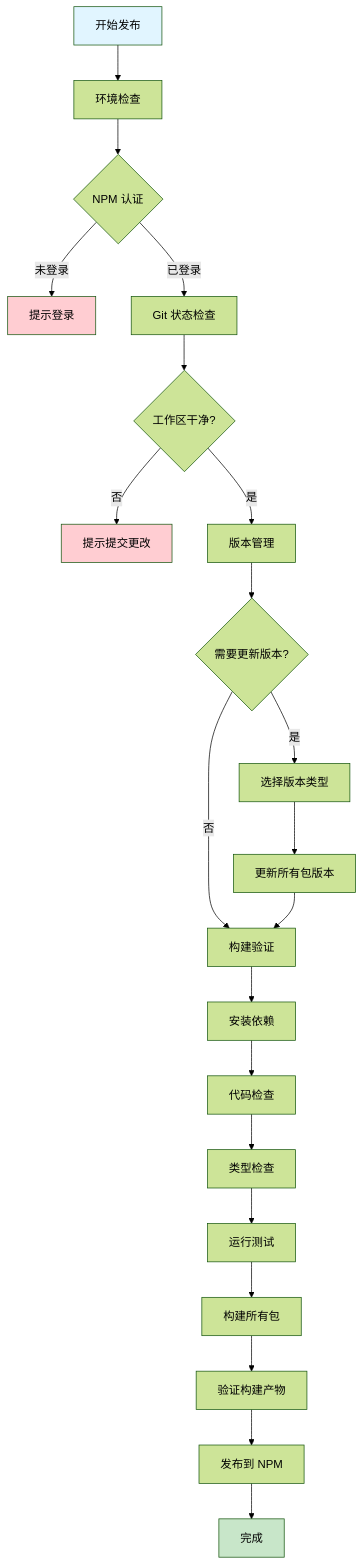
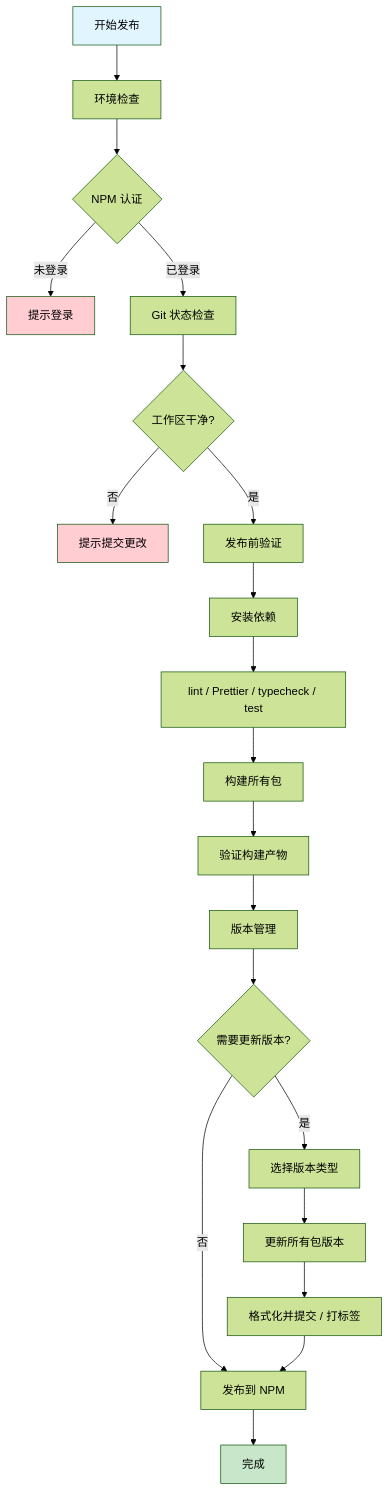
The second of 2 diagrams in docs/tools/qingniao.md (luban-ws/productivity), drawn with Mermaid (forest theme) before and after one commit. The commit also changed other lines of this file and 5 other files, not shown here.

````diff
--- a/docs/tools/qingniao.md
+++ b/docs/tools/qingniao.md
@@ -148,28 +148,27 @@
 ```mermaid
 flowchart TD
     A[开始发布] --> B[环境检查]
     B --> C{NPM 认证}
     C -->|未登录| D[提示登录]
     C -->|已登录| E[Git 状态检查]
     E --> F{工作区干净?}
     F -->|否| G[提示提交更改]
-    F -->|是| H[版本管理]
+    F -->|是| L[发布前验证]
+    L --> M[安装依赖]
+    M --> N[lint / Prettier / typecheck / test]
+    N --> O[构建所有包]
+    O --> P[验证构建产物]
+    P --> H[版本管理]
     H --> I{需要更新版本?}
     I -->|是| J[选择版本类型]
     J --> K[更新所有包版本]
-    I -->|否| L[构建验证]
-    K --> L
-    L --> M[安装依赖]
-    M --> N[代码检查]
-    N --> O[类型检查]
-    O --> P[运行测试]
-    P --> Q[构建所有包]
-    Q --> R[验证构建产物]
-    R --> S[发布到 NPM]
+    I -->|否| S[发布到 NPM]
+    K --> Q[格式化并提交 / 打标签]
+    Q --> S
     S --> T[完成]
 
     style A fill:#e1f5ff
     style T fill:#c8e6c9
     style D fill:#ffcdd2
     style G fill:#ffcdd2
 ```
````
